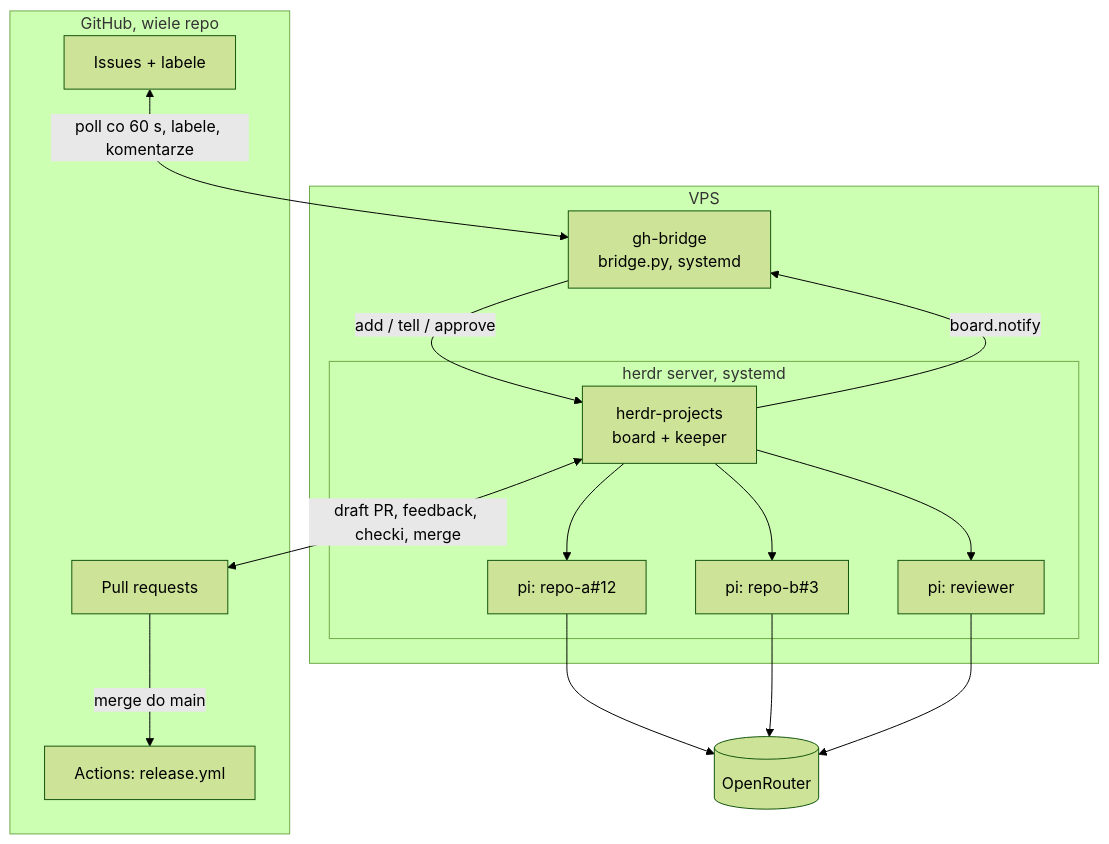
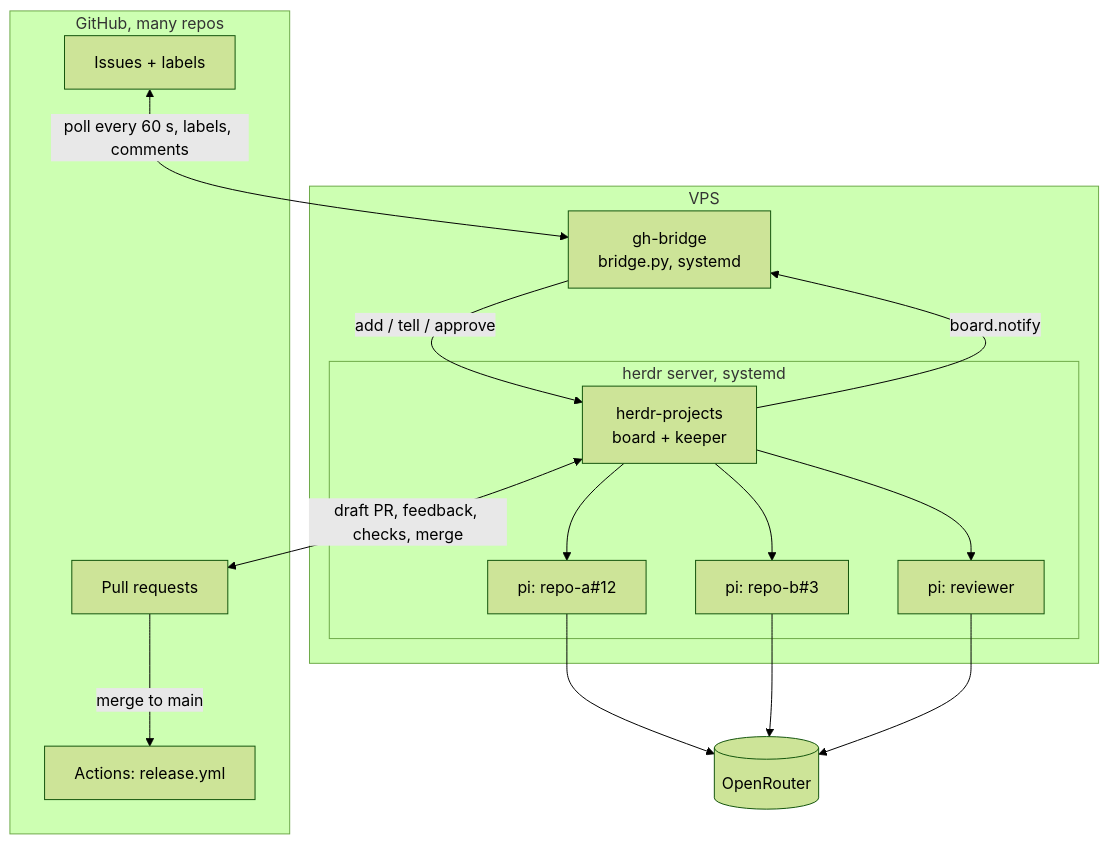
The second of 3 diagrams in README.md (worotyns/autonomous), drawn with Mermaid (forest theme) before and after one commit. The commit also changed other lines of this file and 1 other file, not shown here.

````diff
--- a/README.md
+++ b/README.md
@@ -33,25 +33,25 @@
 ```mermaid
 flowchart TB
-    subgraph GH[GitHub, wiele repo]
-        issues[Issues + labele]
+    subgraph GH[GitHub, many repos]
+        issues[Issues + labels]
         prs[Pull requests]
         act[Actions: release.yml]
     end
     subgraph VPS
         bridge[gh-bridge<br/>bridge.py, systemd]
         subgraph herdr[herdr server, systemd]
             board[herdr-projects<br/>board + keeper]
             a1[pi: repo-a#12]
             a2[pi: repo-b#3]
             rv[pi: reviewer]
         end
     end
     OR[(OpenRouter)]
-    issues <-->|poll co 60 s, labele, komentarze| bridge
+    issues <-->|poll every 60 s, labels, comments| bridge
     bridge -->|add / tell / approve| board
     board -->|board.notify| bridge
     board --> a1 & a2 & rv
     a1 & a2 & rv --> OR
-    board <-->|draft PR, feedback, checki, merge| prs
-    prs -->|merge do main| act
+    board <-->|draft PR, feedback, checks, merge| prs
+    prs -->|merge to main| act
 ```
````
